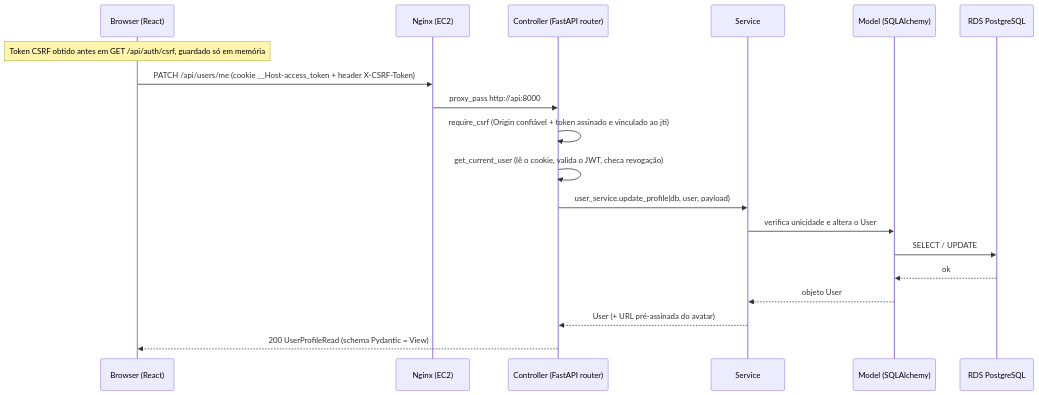
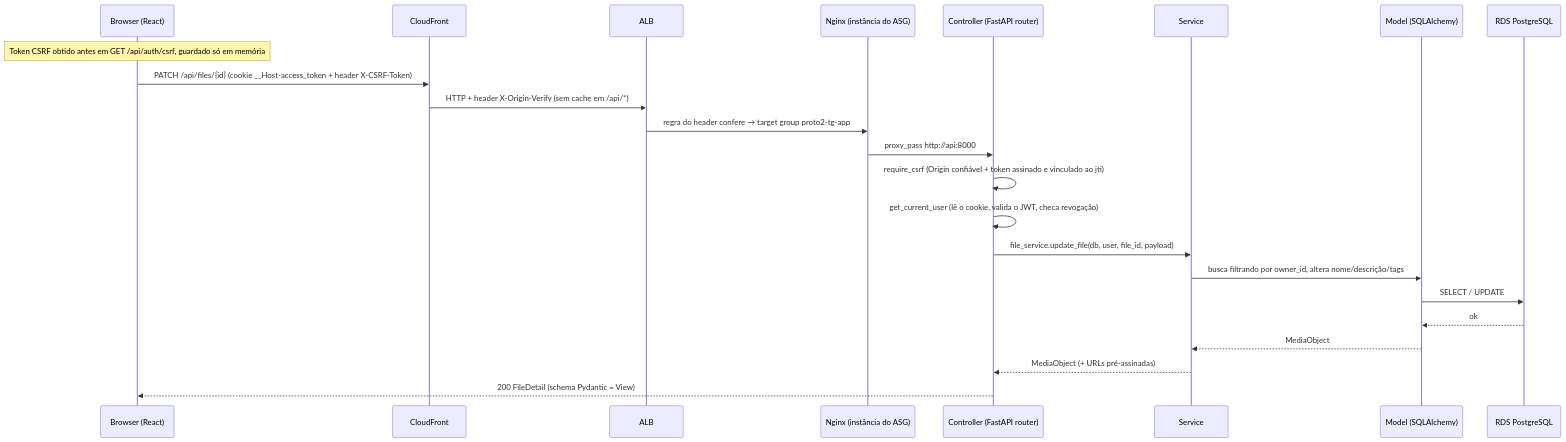
The third of 7 diagrams in docs/ARQUITETURA.md (vickminari/aws-prototype), drawn with Mermaid before and after one commit. The commit also changed other lines of this file, not shown here.

````diff
--- a/docs/ARQUITETURA.md
+++ b/docs/ARQUITETURA.md
@@ -156,22 +272,26 @@
 ```mermaid
 sequenceDiagram
     participant B as Browser (React)
-    participant N as Nginx (EC2)
+    participant CF as CloudFront
+    participant LB as ALB
+    participant N as Nginx (instância do ASG)
     participant C as Controller (FastAPI router)
     participant S as Service
     participant M as Model (SQLAlchemy)
     participant DB as RDS PostgreSQL
 
     Note over B: Token CSRF obtido antes em GET /api/auth/csrf, guardado só em memória
-    B->>N: PATCH /api/users/me (cookie __Host-access_token + header X-CSRF-Token)
+    B->>CF: PATCH /api/files/{id} (cookie __Host-access_token + header X-CSRF-Token)
+    CF->>LB: HTTP + header X-Origin-Verify (sem cache em /api/*)
+    LB->>N: regra do header confere → target group proto2-tg-app
     N->>C: proxy_pass http://api:8000
     C->>C: require_csrf (Origin confiável + token assinado e vinculado ao jti)
     C->>C: get_current_user (lê o cookie, valida o JWT, checa revogação)
-    C->>S: user_service.update_profile(db, user, payload)
-    S->>M: verifica unicidade e altera o User
+    C->>S: file_service.update_file(db, user, file_id, payload)
+    S->>M: busca filtrando por owner_id, altera nome/descrição/tags
     M->>DB: SELECT / UPDATE
     DB-->>M: ok
-    M-->>S: objeto User
-    S-->>C: User (+ URL pré-assinada do avatar)
-    C-->>B: 200 UserProfileRead (schema Pydantic = View)
+    M-->>S: MediaObject
+    S-->>C: MediaObject (+ URLs pré-assinadas)
+    C-->>B: 200 FileDetail (schema Pydantic = View)
 ```
````
